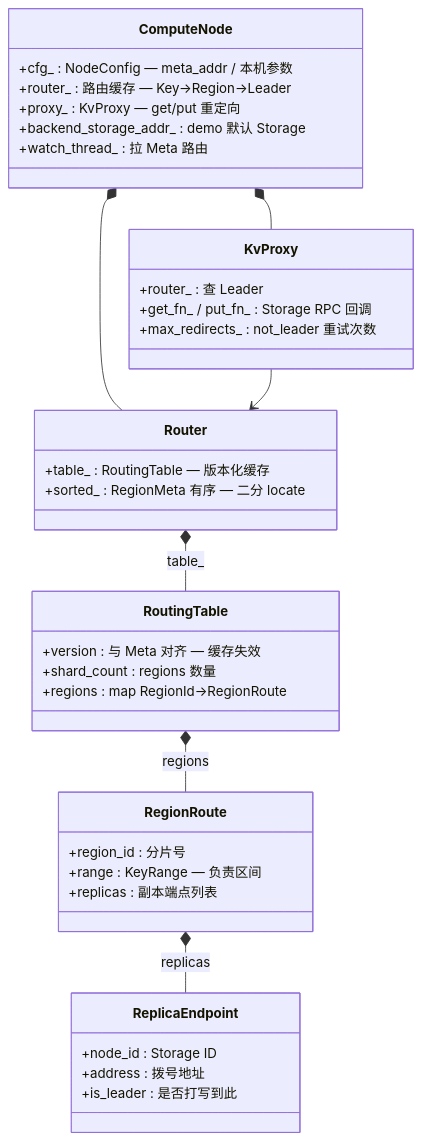
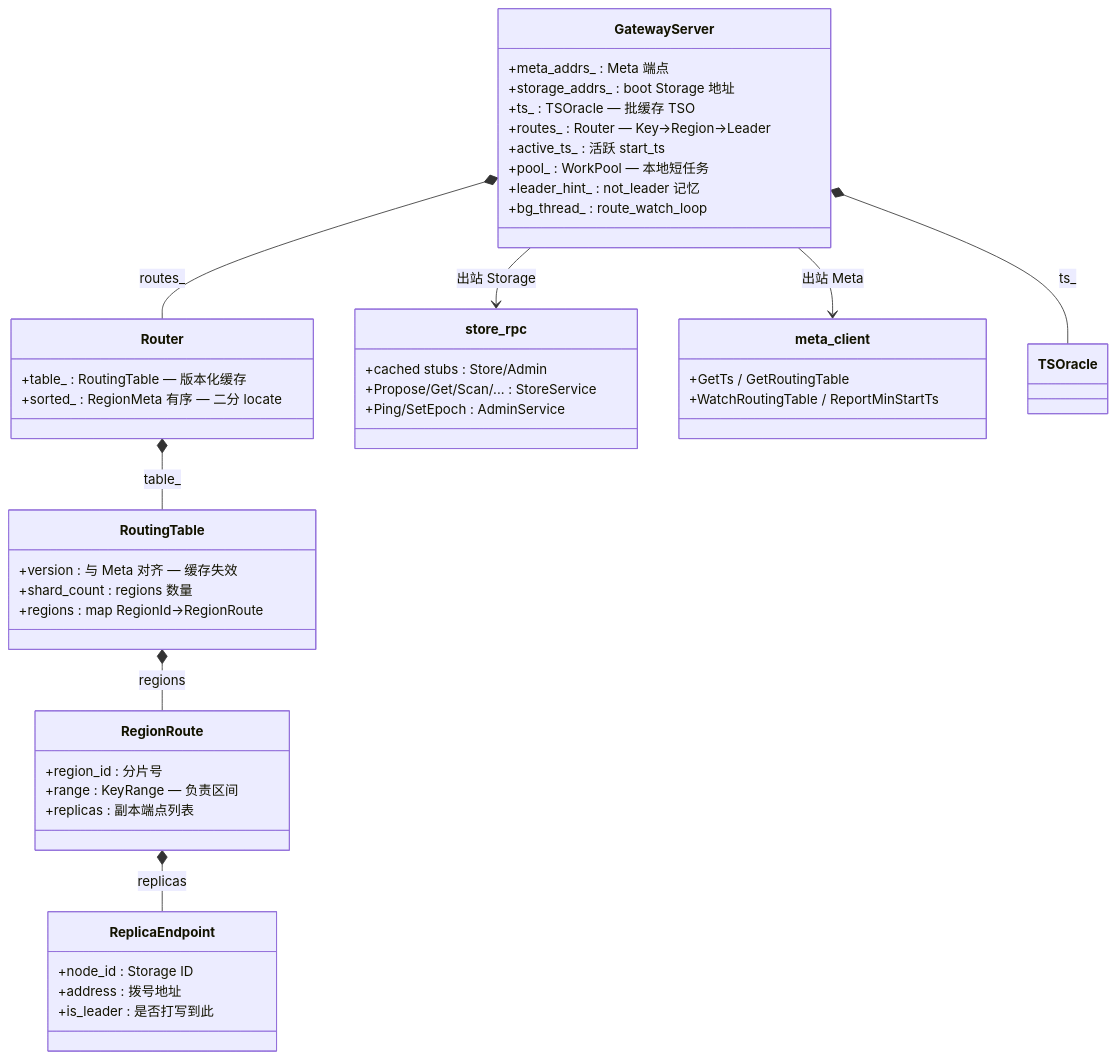
Before and after one commit to devotionalist/openkv: the first of 3 diagrams in docs/topology/COMPUTE_DATA_TOPOLOGY.md, drawn with Mermaid. The commit also changed other lines of this file and 115 other files, not shown here.

First line of the commit message:
Unify async Store gRPC and drop ExecLine/Seastar leftovers.

````diff
--- a/docs/topology/COMPUTE_DATA_TOPOLOGY.md
+++ b/docs/topology/COMPUTE_DATA_TOPOLOGY.md
@@ -12,48 +12,57 @@
 ```mermaid
 classDiagram
   direction TB
 
-  class ComputeNode {
-    +cfg_ : NodeConfig — meta_addr / 本机参数
-    +router_ : 路由缓存 — Key→Region→Leader
-    +proxy_ : KvProxy — get/put 重定向
-    +backend_storage_addr_ : demo 默认 Storage
-    +watch_thread_ : 拉 Meta 路由
+  class GatewayServer {
+    +meta_addrs_ : Meta 端点
+    +storage_addrs_ : boot Storage 地址
+    +ts_ : TSOracle — 批缓存 TSO
+    +routes_ : Router — Key→Region→Leader
+    +active_ts_ : 活跃 start_ts
+    +pool_ : WorkPool — 本地短任务
+    +leader_hint_ : not_leader 记忆
+    +bg_thread_ : route_watch_loop
   }
 
   class Router {
     +table_ : RoutingTable — 版本化缓存
     +sorted_ : RegionMeta 有序 — 二分 locate
   }
 
   class RoutingTable {
     +version : 与 Meta 对齐 — 缓存失效
     +shard_count : regions 数量
     +regions : map RegionId→RegionRoute
   }
 
   class RegionRoute {
     +region_id : 分片号
     +range : KeyRange — 负责区间
     +replicas : 副本端点列表
   }
 
   class ReplicaEndpoint {
     +node_id : Storage ID
     +address : 拨号地址
     +is_leader : 是否打写到此
   }
 
-  class KvProxy {
-    +router_ : 查 Leader
-    +get_fn_ / put_fn_ : Storage RPC 回调
-    +max_redirects_ : not_leader 重试次数
+  class store_rpc {
+    +cached stubs : Store/Admin
+    +Propose/Get/Scan/... : StoreService
+    +Ping/SetEpoch : AdminService
   }
 
-  ComputeNode *-- Router
-  ComputeNode *-- KvProxy
+  class meta_client {
+    +GetTs / GetRoutingTable
+    +WatchRoutingTable / ReportMinStartTs
+  }
+
+  GatewayServer *-- Router : routes_
+  GatewayServer --> store_rpc : 出站 Storage
+  GatewayServer --> meta_client : 出站 Meta
+  GatewayServer *-- TSOracle : ts_
   Router *-- RoutingTable : table_
   RoutingTable *-- RegionRoute : regions
   RegionRoute *-- ReplicaEndpoint : replicas
-  KvProxy --> Router
 ```
````
